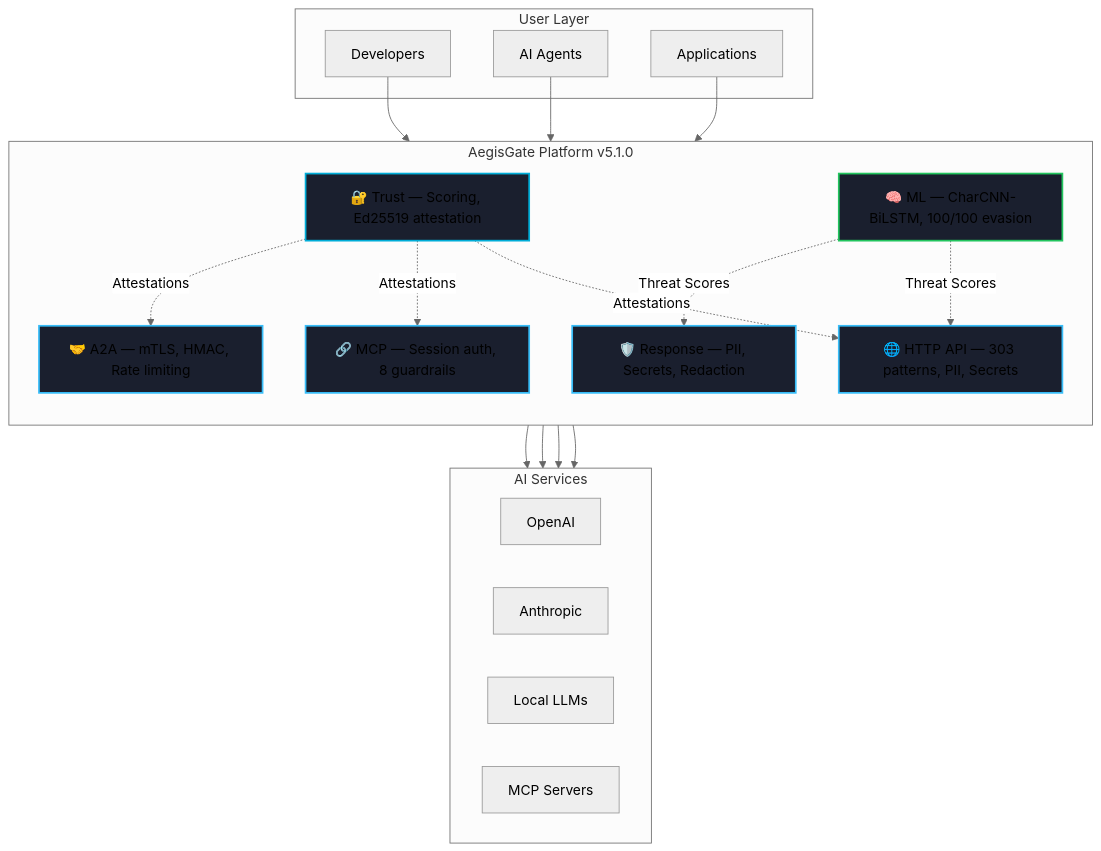
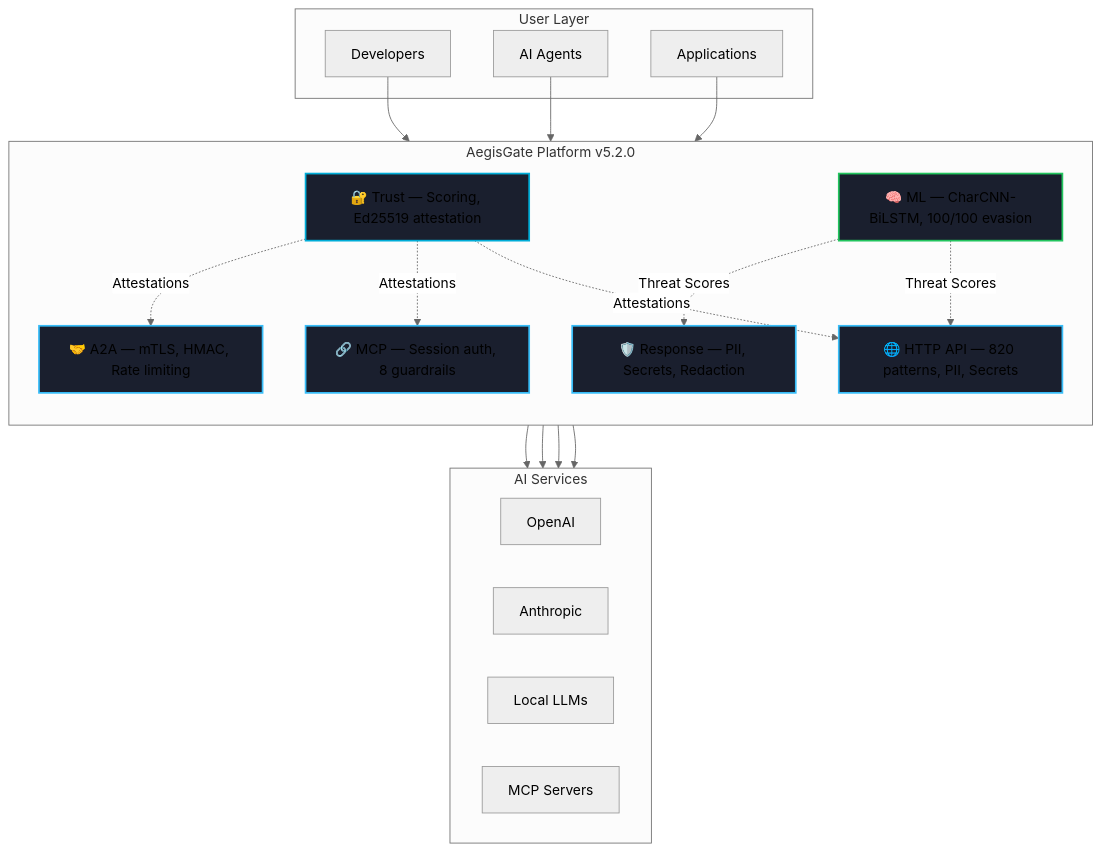
One commit to aegisgatesecurity/aegisgate-site changed the first of 2 diagrams in content/platform/_index.md. Above: the diagram before and after it, drawn with Mermaid (neutral theme). The commit also changed other lines of this file and 32 other files, not shown here.

```diff
--- a/content/platform/_index.md
+++ b/content/platform/_index.md
@@ -128,47 +128,47 @@
 {{< mermaid >}}
 flowchart TD
     subgraph UserLayer["User Layer"]
         A[Developers]
         B[AI Agents]
         C[Applications]
     end
 
-    subgraph Platform["AegisGate Platform v5.1.0"]
+    subgraph Platform["AegisGate Platform v5.2.0"]
         direction TB
-        P1["🌐 HTTP API — 303 patterns, PII, Secrets"]
+        P1["🌐 HTTP API — 820 patterns, PII, Secrets"]
         P2["🔗 MCP — Session auth, 8 guardrails"]
         P3["🤝 A2A — mTLS, HMAC, Rate limiting"]
         P4["🛡️ Response — PII, Secrets, Redaction"]
         P5["🔐 Trust — Scoring, Ed25519 attestation"]
         P6["🧠 ML — CharCNN-BiLSTM, 100/100 evasion"]
     end
 
     subgraph Output["AI Services"]
         D[OpenAI]
         E[Anthropic]
         F[Local LLMs]
         G[MCP Servers]
     end
 
     A --> Platform
     B --> Platform
     C --> Platform
     
     P1 --> Output
     P2 --> Output
     P3 --> Output
     P4 --> Output
     
     P5 -.->|Attestations| P1
     P5 -.->|Attestations| P2
     P5 -.->|Attestations| P3
     P6 -.->|Threat Scores| P1
     P6 -.->|Threat Scores| P4
 
     style P1 fill:#1a1f2e,stroke:#38bdf8,stroke-width:2px
     style P2 fill:#1a1f2e,stroke:#38bdf8,stroke-width:2px
     style P3 fill:#1a1f2e,stroke:#38bdf8,stroke-width:2px
     style P4 fill:#1a1f2e,stroke:#38bdf8,stroke-width:2px
     style P5 fill:#1a1f2e,stroke:#00ADD8,stroke-width:2px
     style P6 fill:#1a1f2e,stroke:#22c55e,stroke-width:2px
 {{< /mermaid >}}
```
